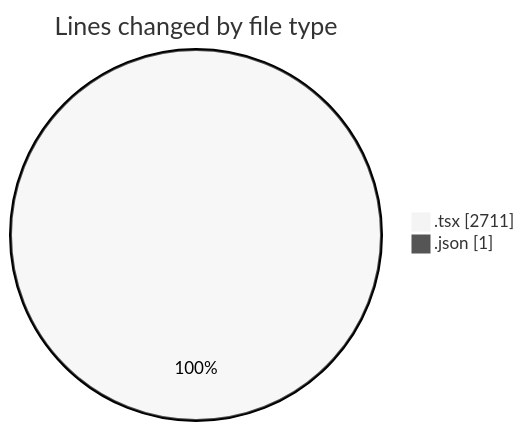
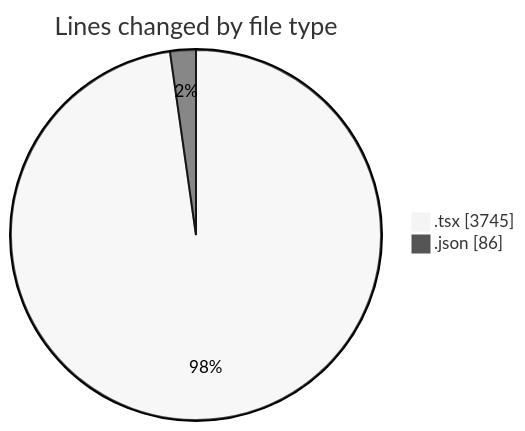
One commit to momahboobian/code-tracking changed the first of 2 diagrams in 2025-11-10/cda/README.md. Above: the diagram before and after it, drawn with Mermaid (neutral theme). The commit also changed other lines of this file and 1 other file, not shown here.

````diff
--- a/2025-11-10/cda/README.md
+++ b/2025-11-10/cda/README.md
@@ -25,6 +26,6 @@
 ```mermaid
 pie showData
 title Lines changed by file type
-".tsx" : 2711
-".json" : 1
+".tsx" : 3745
+".json" : 86
 ```
````
